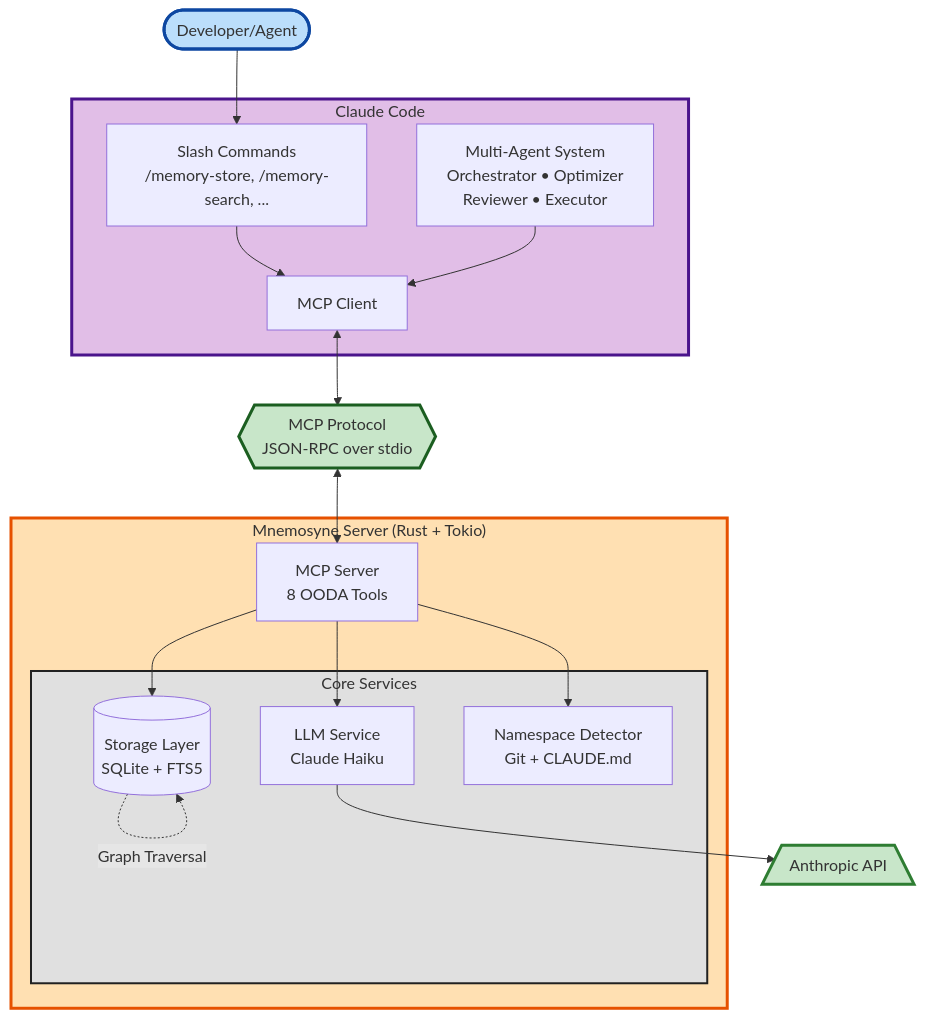
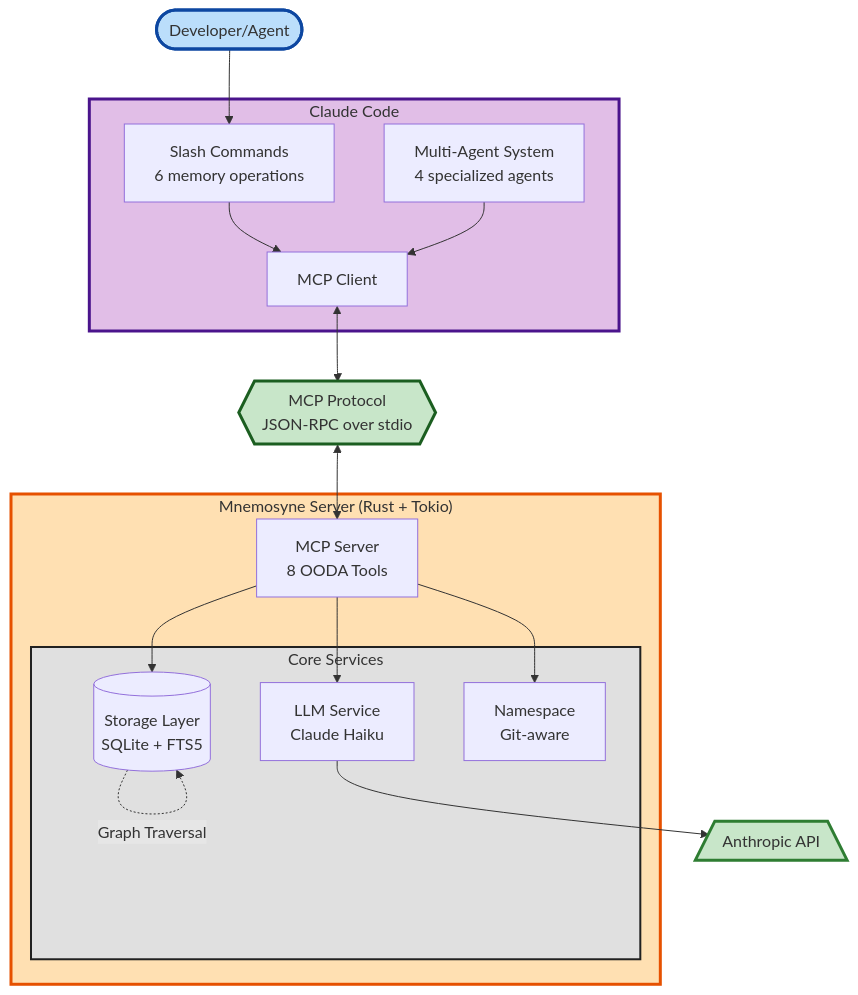
Before and after one commit to rand/mnemosyne: the diagram in README.md, drawn with Mermaid.

Commit message:
Improve diagram labels for clarity
- Replace ellipsis with specific counts (6 memory operations, 4 agents)
- Simplify Namespace label from 'Git + CLAUDE.md' to 'Git-aware'
- Prevents labels from appearing incomplete or cut off

````diff
--- a/README.md
+++ b/README.md
@@ -139,45 +139,45 @@
 ```mermaid
 flowchart TD
     User([Developer/Agent])
 
     subgraph Claude["Claude Code"]
-        UI[Slash Commands<br/>/memory-store, /memory-search, ...]
+        UI[Slash Commands<br/>6 memory operations]
         MCP[MCP Client]
-        Agents[Multi-Agent System<br/>Orchestrator • Optimizer<br/>Reviewer • Executor]
+        Agents[Multi-Agent System<br/>4 specialized agents]
     end
 
     Protocol{{MCP Protocol<br/>JSON-RPC over stdio}}
 
     subgraph Mnemosyne["Mnemosyne Server (Rust + Tokio)"]
         Server[MCP Server<br/>8 OODA Tools]
 
         subgraph Services["Core Services"]
             Storage[(Storage Layer<br/>SQLite + FTS5)]
             LLM[LLM Service<br/>Claude Haiku]
-            NS[Namespace Detector<br/>Git + CLAUDE.md]
+            NS[Namespace<br/>Git-aware]
         end
     end
 
     API[/Anthropic API\]
 
     User --> UI
     UI --> MCP
     Agents --> MCP
     MCP <--> Protocol
     Protocol <--> Server
 
     Server --> Storage
     Server --> LLM
     Server --> NS
 
     LLM --> API
     Storage -.->|FTS5 Search| Storage
     Storage -.->|Graph Traversal| Storage
 
     style User fill:#bbdefb,stroke:#0d47a1,stroke-width:3px
     style Claude fill:#e1bee7,stroke:#4a148c,stroke-width:3px
     style Mnemosyne fill:#ffe0b2,stroke:#e65100,stroke-width:3px
     style Protocol fill:#c8e6c9,stroke:#1b5e20,stroke-width:3px
     style Services fill:#e0e0e0,stroke:#212121,stroke-width:2px
     style API fill:#c8e6c9,stroke:#2e7d32,stroke-width:3px
 ```
````
